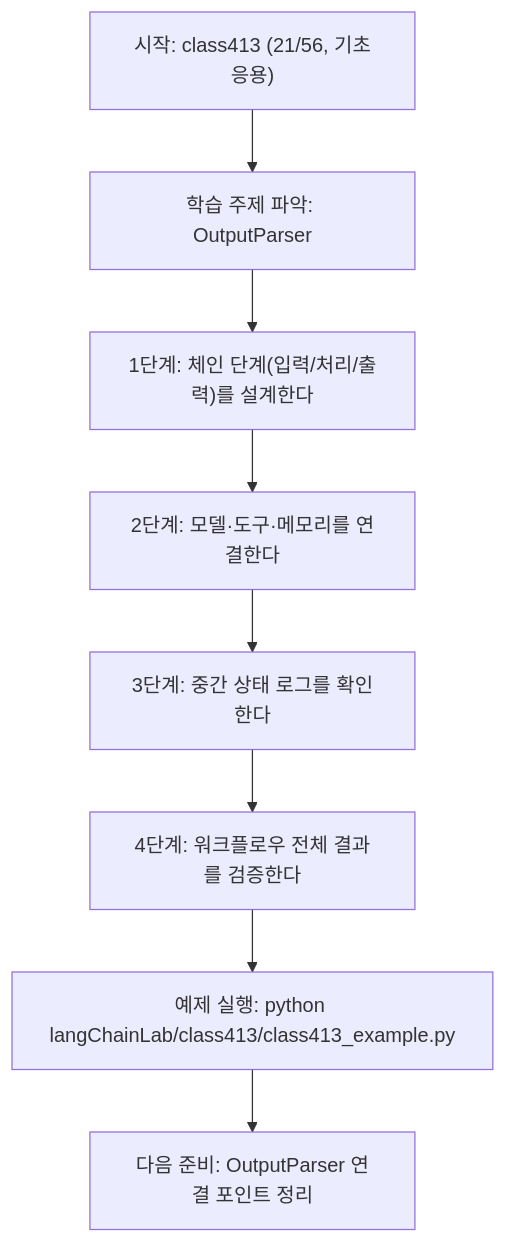
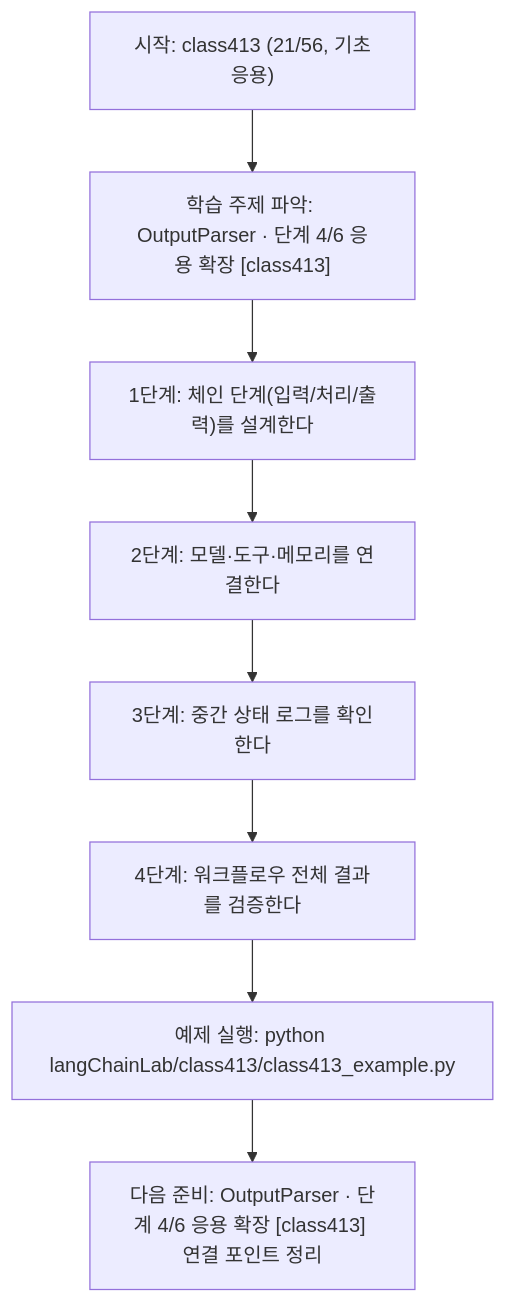
The diagram in langChainLab/class413/class413.md (edumgt/Python-AI_Agent-Class), drawn with Mermaid before and after one commit. The commit also changed other lines of this file and 522 other files, not shown here.

````diff
--- a/langChainLab/class413/class413.md
+++ b/langChainLab/class413/class413.md
@@ -107,18 +108,18 @@
 ```mermaid
 flowchart TD
 N1["시작: class413 (21/56, 기초응용)"]
-N2["학습 주제 파악: OutputParser"]
+N2["학습 주제 파악: OutputParser · 단계 4/6 응용 확장 [class413]"]
 N3["1단계: 체인 단계(입력/처리/출력)를 설계한다"]
 N4["2단계: 모델·도구·메모리를 연결한다"]
 N5["3단계: 중간 상태 로그를 확인한다"]
 N6["4단계: 워크플로우 전체 결과를 검증한다"]
 N7["예제 실행: python langChainLab/class413/class413_example.py"]
-N8["다음 준비: OutputParser 연결 포인트 정리"]
+N8["다음 준비: OutputParser · 단계 4/6 응용 확장 [class413] 연결 포인트 정리"]
 N1 --> N2
 N2 --> N3
 N3 --> N4
 N4 --> N5
 N5 --> N6
 N6 --> N7
 N7 --> N8
 ```
````
